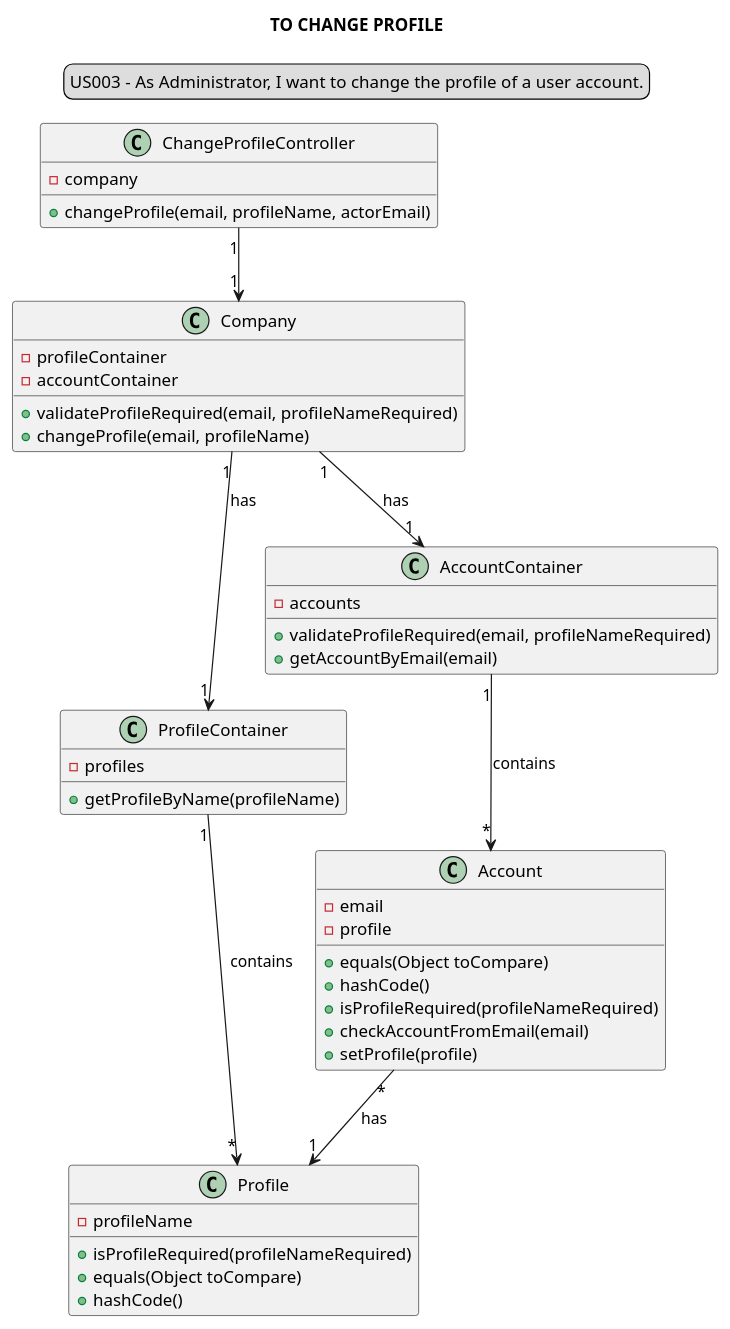
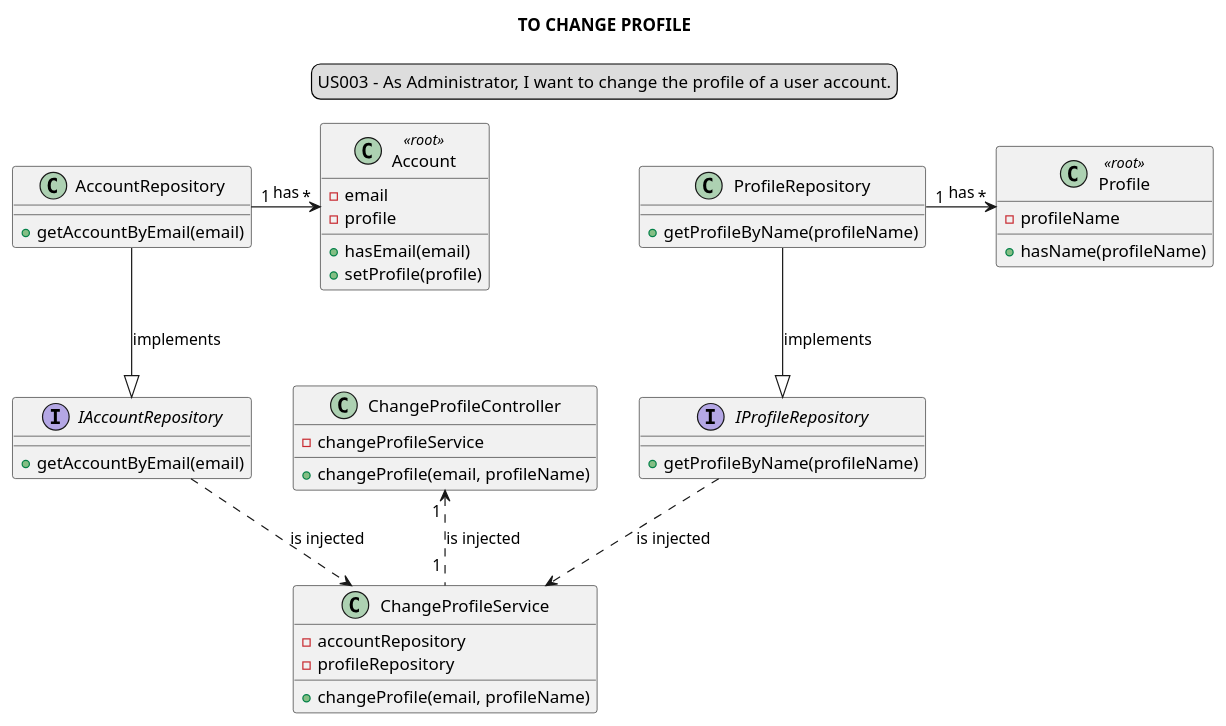
The diagram in docs/modelling_design/user_stories/sprint01/us003/US003_classDiagram.puml (Loracline/project_switch_22-23), drawn with PlantUML before and after one commit.

Commit message:
US003: Design: Update the Class diagram of the US003 addresses #394

```diff
--- a/docs/modelling_design/user_stories/sprint01/us003/US003_classDiagram.puml
+++ b/docs/modelling_design/user_stories/sprint01/us003/US003_classDiagram.puml
@@ -1,57 +1,54 @@
 @startuml
-
-skinparam sequenceMessageAlign center
-title TO CHANGE PROFILE
 legend top
 US003 - As Administrator, I want to change the profile of a user account.
 end legend
+skinparam sequenceMessageAlign center
+title TO CHANGE PROFILE
 
 class ChangeProfileController {
--company
-+changeProfile(email, profileName, actorEmail)
-}
-
-class Company {
--profileContainer
--accountContainer
-+validateProfileRequired(email, profileNameRequired)
+-changeProfileService
 +changeProfile(email, profileName)
 }
 
-class ProfileContainer {
--profiles
+class ChangeProfileService {
+-accountRepository
+-profileRepository
++changeProfile(email, profileName)
+}
+
+class AccountRepository{
++getAccountByEmail(email)
+}
+
+class ProfileRepository{
 +getProfileByName(profileName)
 }
 
-class AccountContainer {
--accounts
-+validateProfileRequired(email, profileNameRequired)
+interface IAccountRepository{
 +getAccountByEmail(email)
 }
 
-class Account{
+interface IProfileRepository{
++getProfileByName(profileName)
+}
+
+class Account <<root>>{
 -email
 -profile
-+equals(Object toCompare)
-+hashCode()
-+ isProfileRequired(profileNameRequired)
-+checkAccountFromEmail(email)
++hasEmail(email)
 +setProfile(profile)
 }
 
-class Profile{
+class Profile <<root>>{
 -profileName
-+ isProfileRequired(profileNameRequired)
-+equals(Object toCompare)
-+hashCode()
++hasName(profileName)
 }
 
-
-ChangeProfileController "1"-->"1" Company
-Company "1"-->"1" AccountContainer: has
-Company "1"-->"1" ProfileContainer: has
-AccountContainer "1"-->"*" Account: contains
-ProfileContainer "1"-->"*" Profile: contains
-Account "*"-->"1" Profile: has
-
+AccountRepository "1"->"*" Account: has
+ProfileRepository "1"->"*" Profile: has
+ChangeProfileController"1 " <.. "1 "ChangeProfileService: is injected
+IAccountRepository ..> ChangeProfileService : is injected
+IProfileRepository ..> ChangeProfileService : is injected
+AccountRepository --|> IAccountRepository : implements
+ProfileRepository --|> IProfileRepository : implements
 @enduml
```
